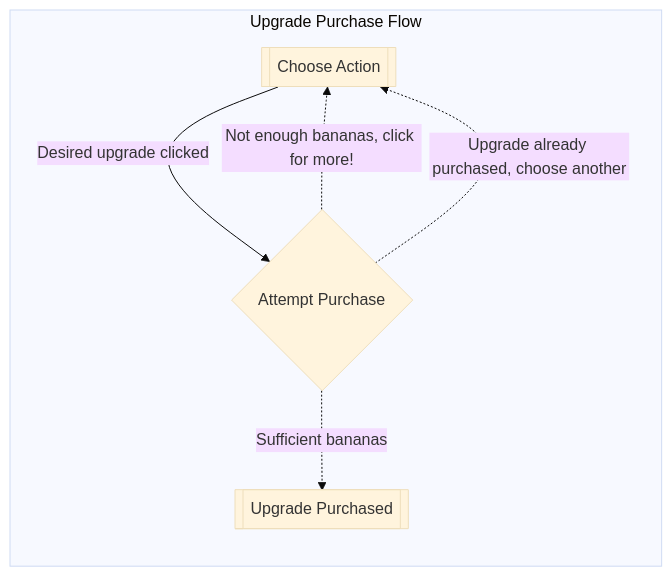
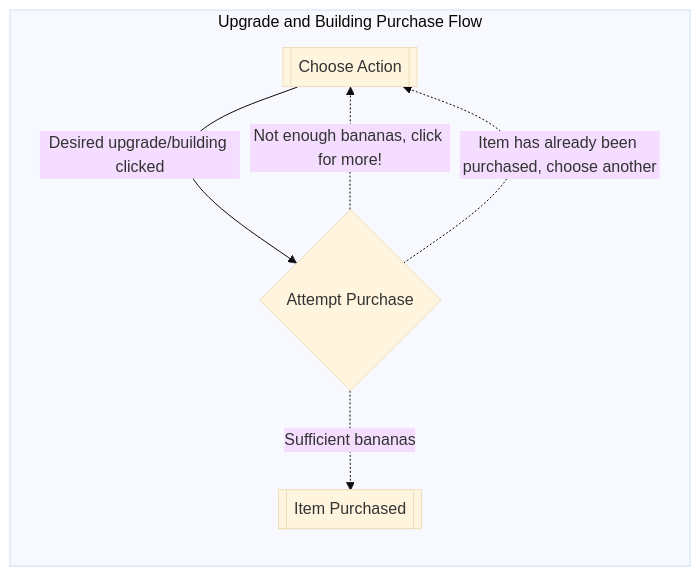
The second of 3 diagrams in flows.md (LiamMcCausland/Banana-Clicker), drawn with Mermaid (base theme) before and after one commit. The commit also changed other lines of this file and 2 other files, not shown here.

Commit message:
Incorperated phase 2 feedback.

````diff
--- a/flows.md
+++ b/flows.md
@@ -26,14 +26,15 @@
 ```mermaid
     flowchart TB
-    subgraph Upgrade Purchase Flow
+    subgraph Upgrade and Building Purchase Flow
         direction TB
         getAction2[[Choose Action]]
         purchaseU{Attempt Purchase}
-        purchaseSuccess[[Upgrade Purchased]]
+        purchaseSuccess[[Item Purchased]]
 
-        getAction2 -- Desired upgrade clicked --> purchaseU
+        getAction2 -- Desired upgrade/building clicked --> purchaseU
         purchaseU -. Not enough bananas, click for more! .-> getAction2
-        purchaseU -. Upgrade already purchased, choose another .-> getAction2
+        purchaseU -. Item has already been purchased, choose another .-> getAction2
         purchaseU -. Sufficient bananas .-> purchaseSuccess
     end
+
 ```
````
